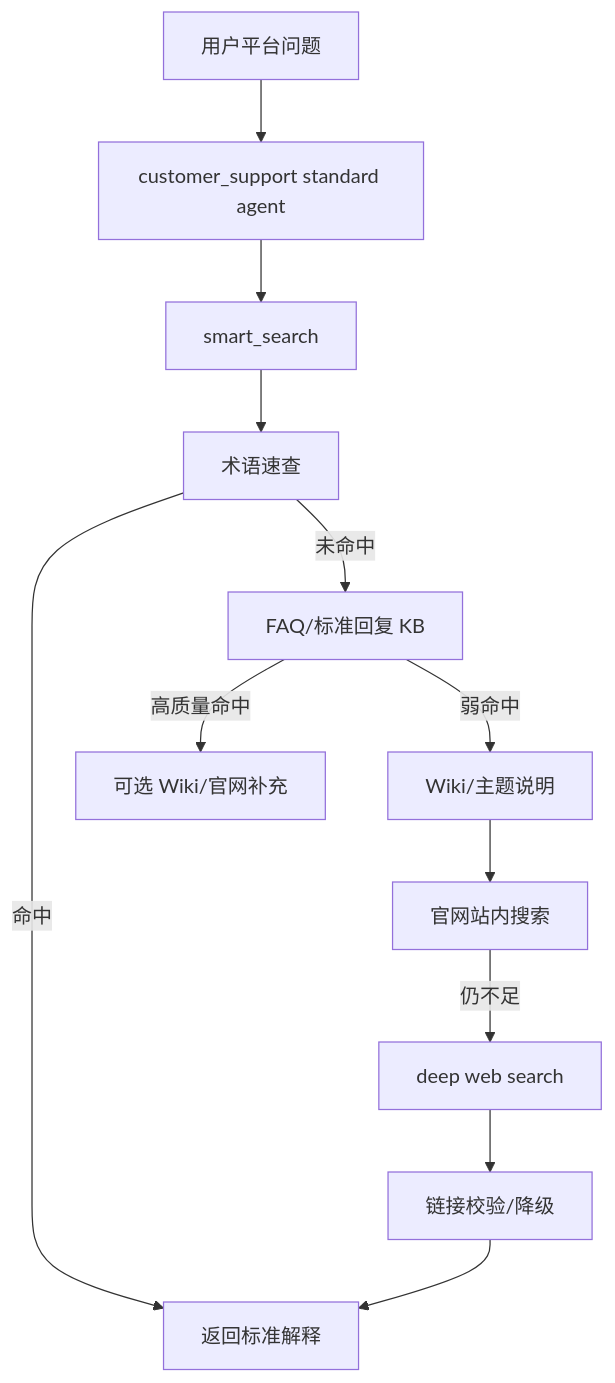
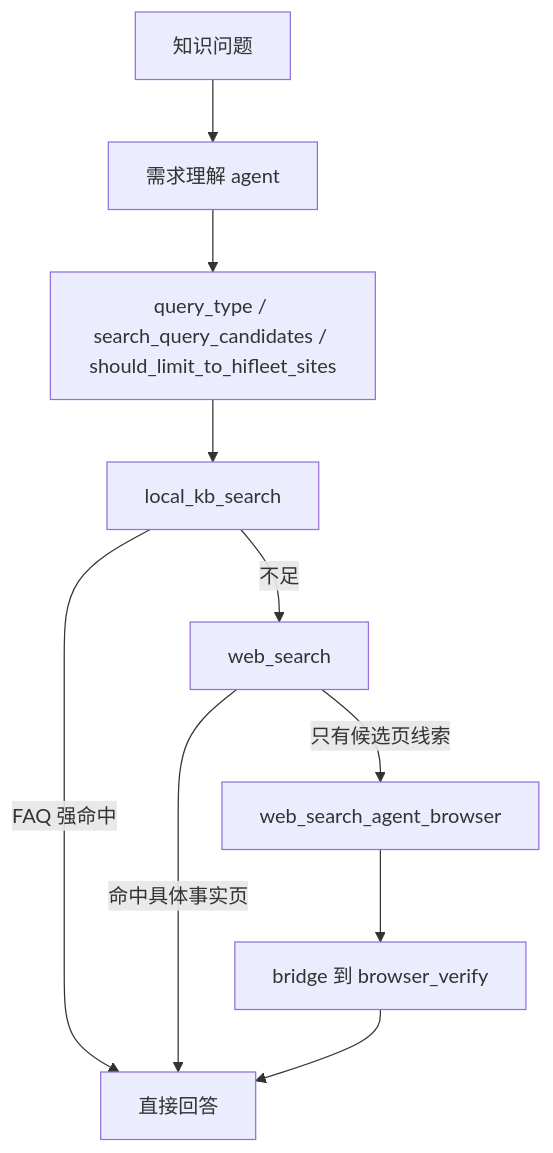
The diagram in docs/KNOWLEDGE_BASE_GUIDE.md (lr12338/hifleet-agent), drawn with Mermaid before and after one commit. The commit also changed other lines of this file and 18 other files, not shown here.

Commit message:
Simplify hifleet agent workflows

````diff
--- a/docs/KNOWLEDGE_BASE_GUIDE.md
+++ b/docs/KNOWLEDGE_BASE_GUIDE.md
@@ -13,14 +22,12 @@
 ```mermaid
 flowchart TD
-    Q[用户平台问题] --> Agent[customer_support standard agent]
-    Agent --> Smart[smart_search]
-    Smart --> L1[术语速查]
-    L1 -->|命中| Done[返回标准解释]
-    L1 -->|未命中| L2[FAQ/标准回复 KB]
-    L2 -->|高质量命中| L3[可选 Wiki/官网补充]
-    L2 -->|弱命中| L4[Wiki/主题说明]
-    L4 --> L5[官网站内搜索]
-    L5 -->|仍不足| L6[deep web search]
-    L6 --> Check[链接校验/降级]
-    Check --> Done
+    Q[知识问题] --> U[需求理解 agent]
+    U --> V["query_type / search_query_candidates / should_limit_to_hifleet_sites"]
+    V --> A[local_kb_search]
+    A -->|FAQ 强命中| Done[直接回答]
+    A -->|不足| B[web_search]
+    B -->|命中具体事实页| Done
+    B -->|只有候选页线索| C[web_search_agent_browser]
+    C --> D[bridge 到 browser_verify]
+    D --> Done
 ```
````
